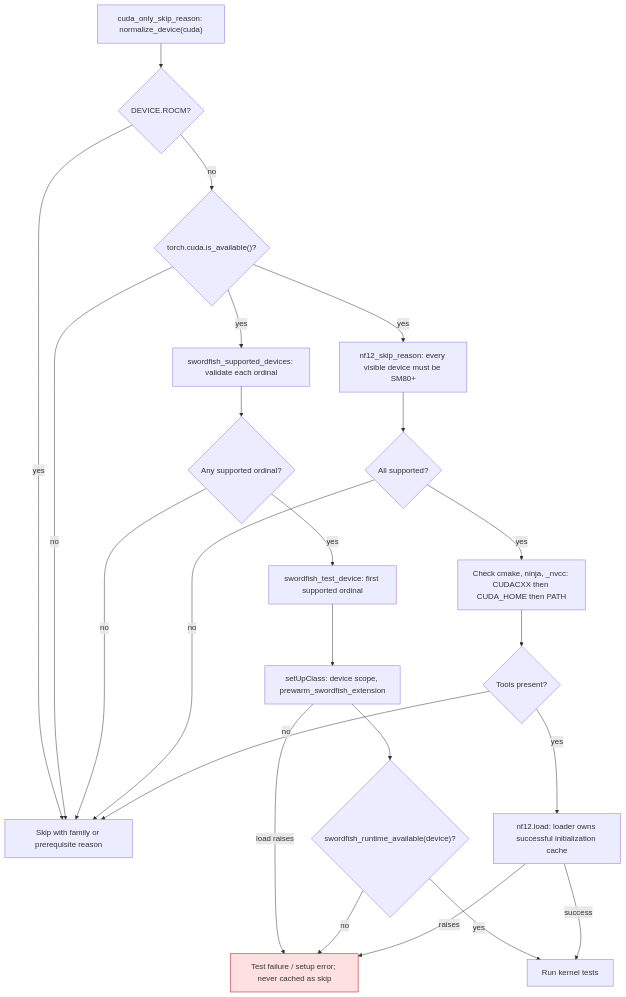
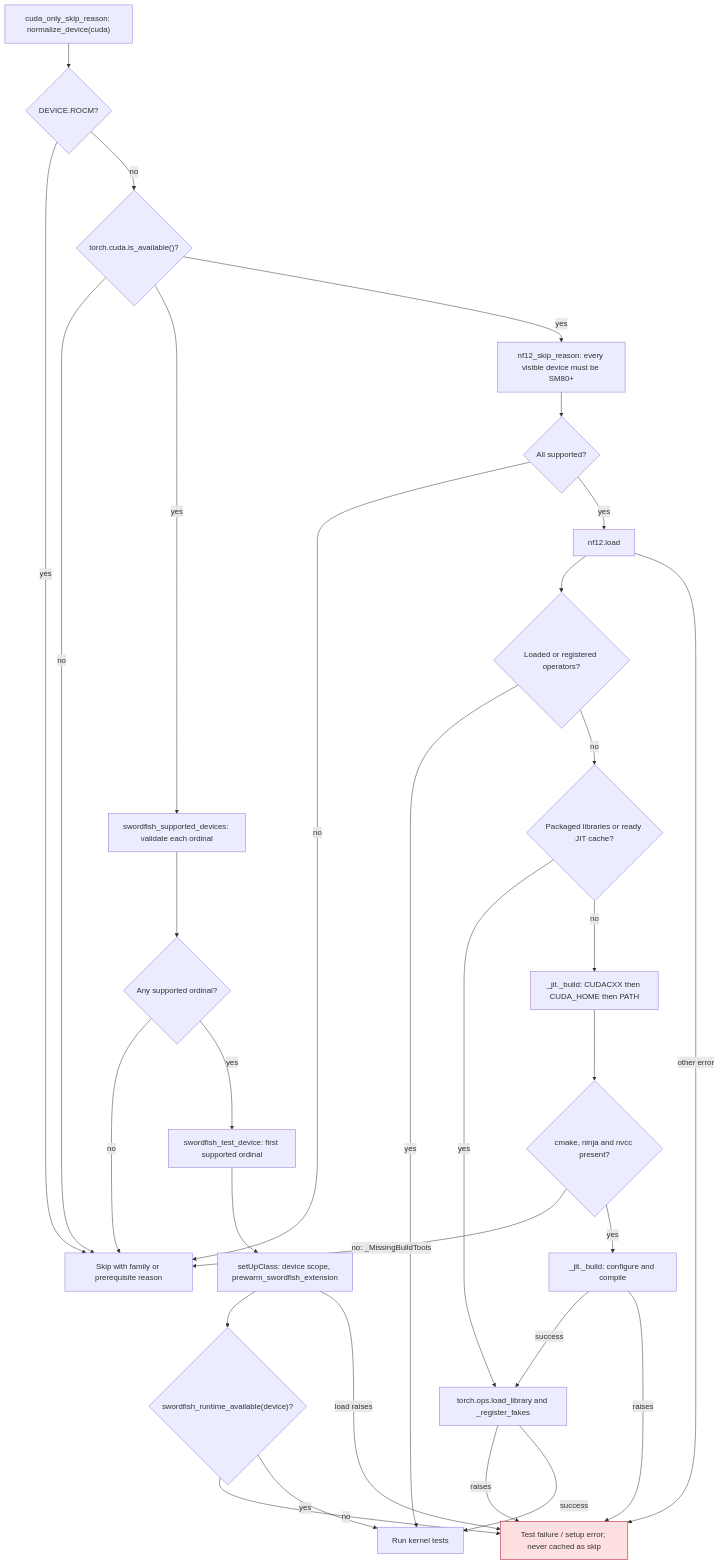
One commit to ModelCloud/GPTQModel changed the first of 2 diagrams in docs/accelerator-test-gates.md. Above: the diagram before and after it, drawn with Mermaid. The commit also changed other lines of this file and 4 other files, not shown here.

Commit message:
fix(tests): run available NF12 runtimes without build tools

````diff
--- a/docs/accelerator-test-gates.md
+++ b/docs/accelerator-test-gates.md
@@ -13,27 +13,35 @@
 ```mermaid
 flowchart TD
     A["cuda_only_skip_reason: normalize_device(cuda)"] --> B{"DEVICE.ROCM?"}
     B -->|yes| SKIP["Skip with family or prerequisite reason"]
     B -->|no| C{"torch.cuda.is_available()?"}
     C -->|no| SKIP
     C -->|yes| S["swordfish_supported_devices: validate each ordinal"]
     C -->|yes| N["nf12_skip_reason: every visible device must be SM80+"]
     S --> D{"Any supported ordinal?"}
     D -->|no| SKIP
     D -->|yes| E["swordfish_test_device: first supported ordinal"]
     E --> F["setUpClass: device scope, prewarm_swordfish_extension"]
     F --> G{"swordfish_runtime_available(device)?"}
     F -->|load raises| FAIL["Test failure / setup error; never cached as skip"]
     G -->|no| FAIL
     G -->|yes| RUN["Run kernel tests"]
     N --> H{"All supported?"}
     H -->|no| SKIP
-    H -->|yes| I["Check cmake, ninja, _nvcc: CUDACXX then CUDA_HOME then PATH"]
-    I --> J{"Tools present?"}
-    J -->|no| SKIP
-    J -->|yes| K["nf12.load: loader owns successful initialization cache"]
-    K -->|raises| FAIL
-    K -->|success| RUN
+    H -->|yes| K["nf12.load"]
+    K --> L{"Loaded or registered operators?"}
+    L -->|yes| RUN
+    L -->|no| P{"Packaged libraries or ready JIT cache?"}
+    P -->|yes| LOAD["torch.ops.load_library and _register_fakes"]
+    P -->|no| I["_jit._build: CUDACXX then CUDA_HOME then PATH"]
+    I --> J{"cmake, ninja and nvcc present?"}
+    J -->|no: _MissingBuildTools| SKIP
+    J -->|yes| BUILD["_jit._build: configure and compile"]
+    BUILD -->|success| LOAD
+    BUILD -->|raises| FAIL
+    LOAD -->|raises| FAIL
+    LOAD -->|success| RUN
+    K -->|other error| FAIL
     classDef failure fill:#ffe0e0,stroke:#b00020
     class FAIL failure
 ```
````
